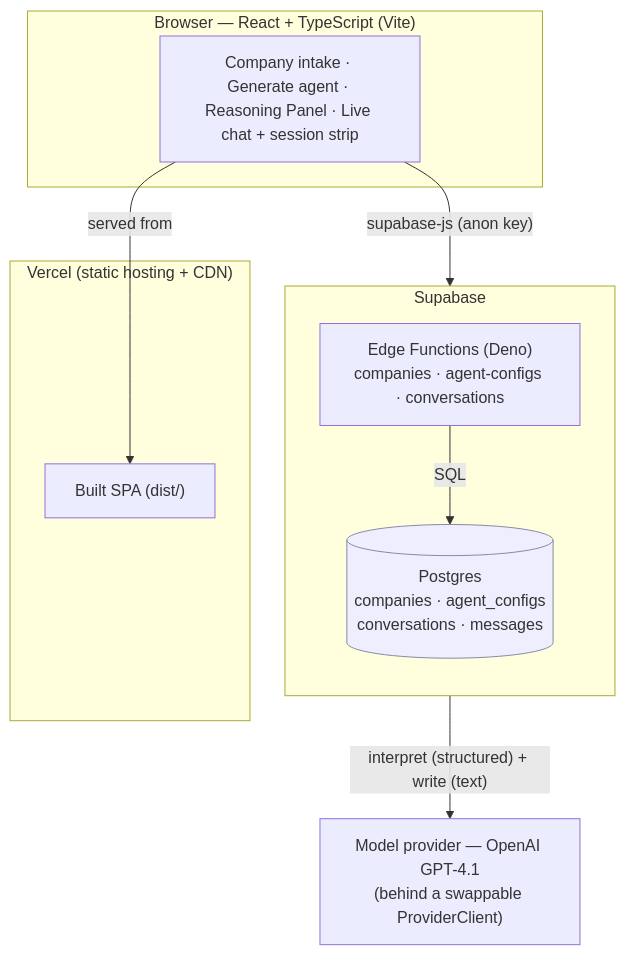
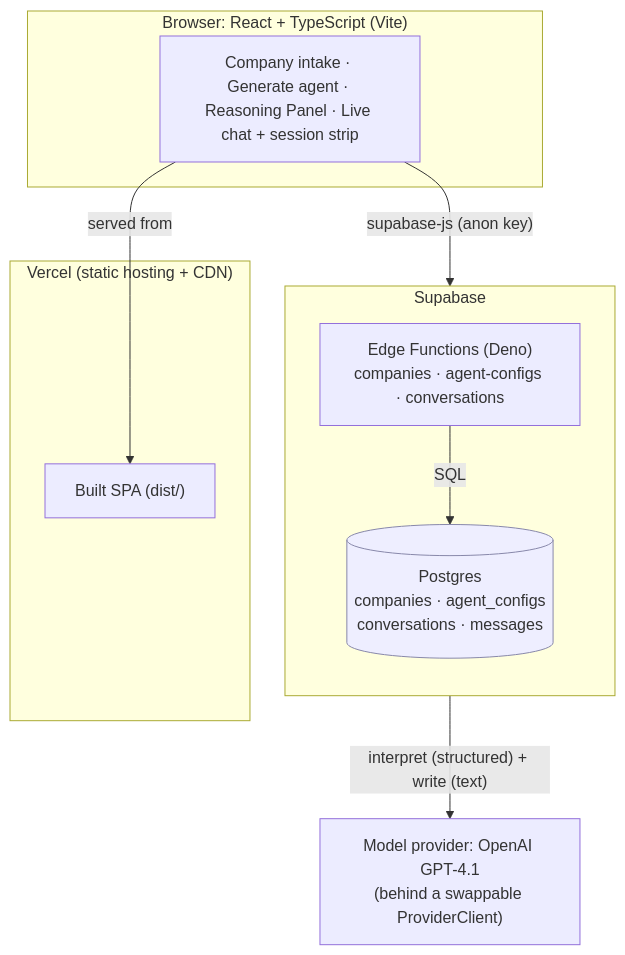
The diagram in README.md (Ned-Ibrahim/AutonomousStaffingAgent), drawn with Mermaid before and after one commit. The commit also changed other lines of this file and 2 other files, not shown here.

````diff
--- a/README.md
+++ b/README.md
@@ -39,26 +39,26 @@
 ```mermaid
 flowchart TB
-  subgraph Browser["Browser — React + TypeScript (Vite)"]
+  subgraph Browser["Browser: React + TypeScript (Vite)"]
     UI["Company intake · Generate agent · Reasoning Panel · Live chat + session strip"]
   end
 
   subgraph Vercel["Vercel (static hosting + CDN)"]
     Static["Built SPA (dist/)"]
   end
 
   subgraph Supabase["Supabase"]
     direction TB
     EF["Edge Functions (Deno)\ncompanies · agent-configs · conversations"]
     PG[("Postgres\ncompanies · agent_configs\nconversations · messages")]
   end
 
-  OpenAI["Model provider — OpenAI GPT-4.1\n(behind a swappable ProviderClient)"]
+  OpenAI["Model provider: OpenAI GPT-4.1\n(behind a swappable ProviderClient)"]
 
   UI -->|served from| Static
   UI -->|"supabase-js (anon key)"| EF
   EF -->|SQL| PG
   EF -->|"interpret (structured) + write (text)"| OpenAI
 
   classDef store fill:#eef,stroke:#88a;
   class PG store;
 ```
````
